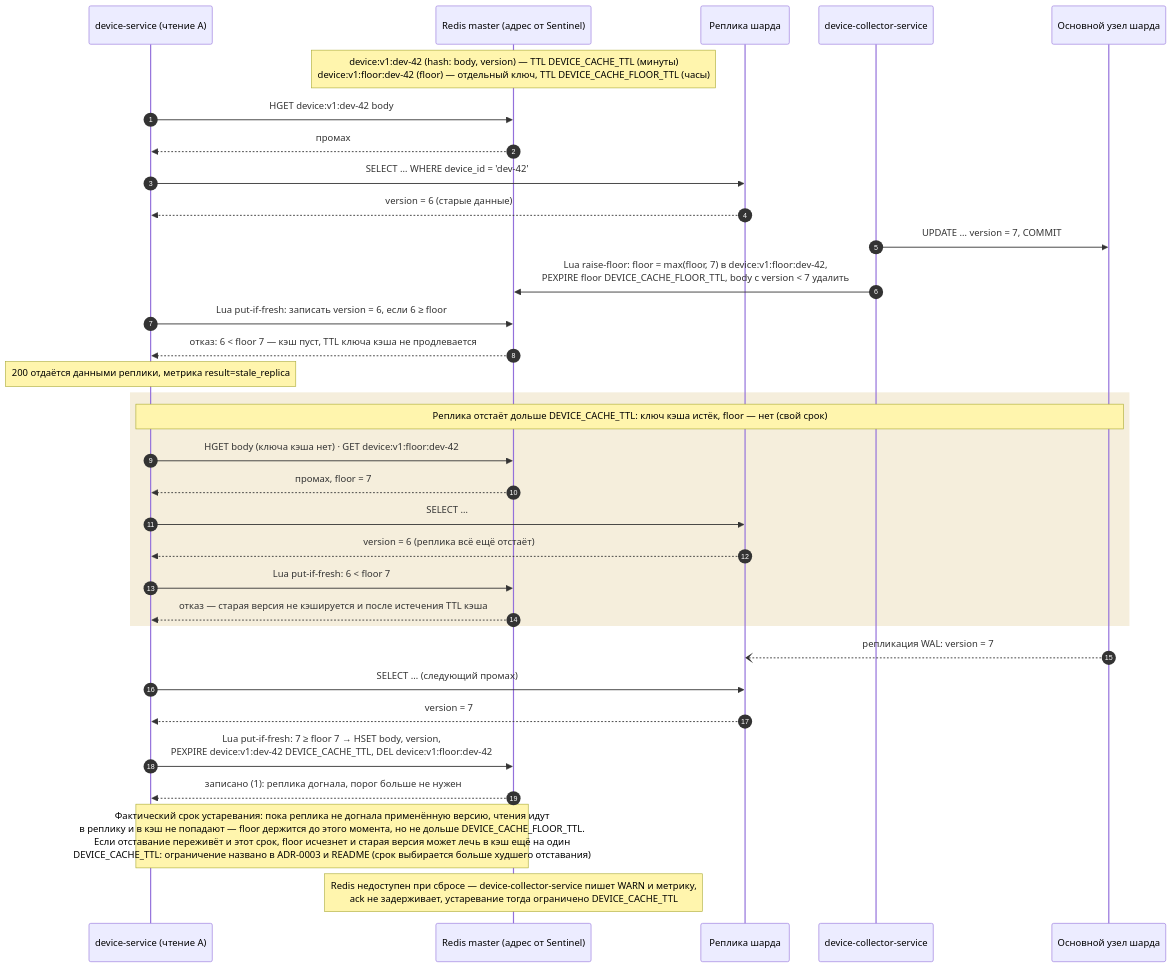
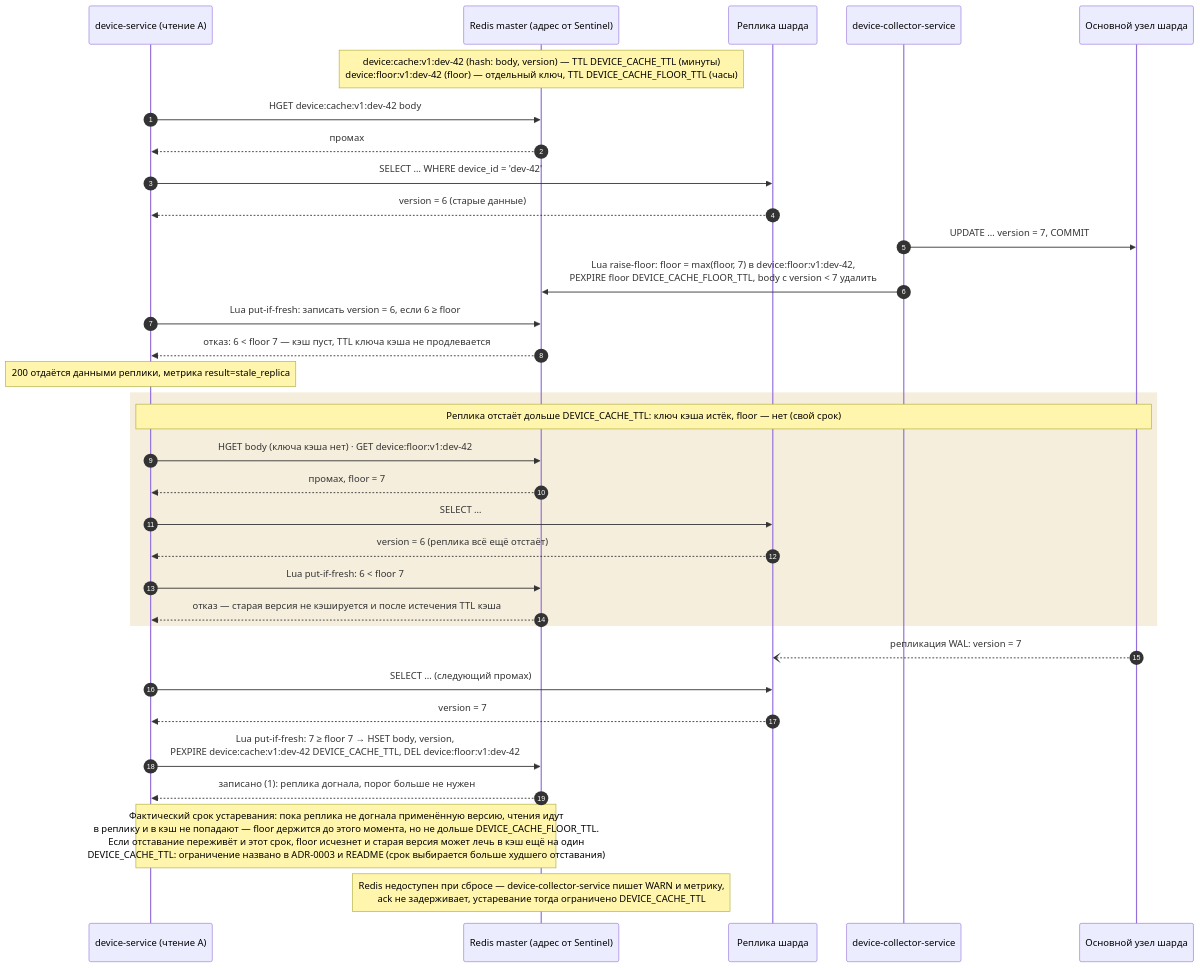
Before and after one commit to gluhov-d/iot-platform: the diagram in diagrams/ds-cache-consistency-sequence.mmd, drawn with Mermaid. The commit also changed 51 other files, not shown here.

```diff
--- a/diagrams/ds-cache-consistency-sequence.mmd
+++ b/diagrams/ds-cache-consistency-sequence.mmd
@@ -1,39 +1,39 @@
 %% Почему в кэш не попадают старые данные: гонка «чтение старой версии — запись — сброс — SET старой версии»
 %% и отставание реплики дольше DEVICE_CACHE_TTL. floor лежит в отдельном ключе со своим сроком жизни.
 sequenceDiagram
     autonumber
     participant A as device-service (чтение A)
     participant RD as Redis master (адрес от Sentinel)
     participant R as Реплика шарда
     participant DC as device-collector-service
     participant S as Основной узел шарда
 
-    Note over RD: device:v1:dev-42 (hash: body, version) — TTL DEVICE_CACHE_TTL (минуты)<br/>device:v1:floor:dev-42 (floor) — отдельный ключ, TTL DEVICE_CACHE_FLOOR_TTL (часы)
+    Note over RD: device:cache:v1:dev-42 (hash: body, version) — TTL DEVICE_CACHE_TTL (минуты)<br/>device:floor:v1:dev-42 (floor) — отдельный ключ, TTL DEVICE_CACHE_FLOOR_TTL (часы)
 
-    A->>RD: HGET device:v1:dev-42 body
+    A->>RD: HGET device:cache:v1:dev-42 body
     RD-->>A: промах
     A->>R: SELECT … WHERE device_id = 'dev-42'
     R-->>A: version = 6 (старые данные)
     DC->>S: UPDATE … version = 7, COMMIT
-    DC->>RD: Lua raise-floor: floor = max(floor, 7) в device:v1:floor:dev-42,<br/>PEXPIRE floor DEVICE_CACHE_FLOOR_TTL, body с version < 7 удалить
+    DC->>RD: Lua raise-floor: floor = max(floor, 7) в device:floor:v1:dev-42,<br/>PEXPIRE floor DEVICE_CACHE_FLOOR_TTL, body с version < 7 удалить
     A->>RD: Lua put-if-fresh: записать version = 6, если 6 ≥ floor
     RD-->>A: отказ: 6 < floor 7 — кэш пуст, TTL ключа кэша не продлевается
     Note over A: 200 отдаётся данными реплики, метрика result=stale_replica
 
     rect rgb(245, 238, 220)
         Note over A,S: Реплика отстаёт дольше DEVICE_CACHE_TTL: ключ кэша истёк, floor — нет (свой срок)
-        A->>RD: HGET body (ключа кэша нет) · GET device:v1:floor:dev-42
+        A->>RD: HGET body (ключа кэша нет) · GET device:floor:v1:dev-42
         RD-->>A: промах, floor = 7
         A->>R: SELECT …
         R-->>A: version = 6 (реплика всё ещё отстаёт)
         A->>RD: Lua put-if-fresh: 6 < floor 7
         RD-->>A: отказ — старая версия не кэшируется и после истечения TTL кэша
     end
 
     S--)R: репликация WAL: version = 7
     A->>R: SELECT … (следующий промах)
     R-->>A: version = 7
-    A->>RD: Lua put-if-fresh: 7 ≥ floor 7 → HSET body, version,<br/>PEXPIRE device:v1:dev-42 DEVICE_CACHE_TTL, DEL device:v1:floor:dev-42
+    A->>RD: Lua put-if-fresh: 7 ≥ floor 7 → HSET body, version,<br/>PEXPIRE device:cache:v1:dev-42 DEVICE_CACHE_TTL, DEL device:floor:v1:dev-42
     RD-->>A: записано (1): реплика догнала, порог больше не нужен
     Note over A,RD: Фактический срок устаревания: пока реплика не догнала применённую версию, чтения идут<br/>в реплику и в кэш не попадают — floor держится до этого момента, но не дольше DEVICE_CACHE_FLOOR_TTL.<br/>Если отставание переживёт и этот срок, floor исчезнет и старая версия может лечь в кэш ещё на один<br/>DEVICE_CACHE_TTL: ограничение названо в ADR-0003 и README (срок выбирается больше худшего отставания)
     Note over RD: Redis недоступен при сбросе — device-collector-service пишет WARN и метрику,<br/>ack не задерживает, устаревание тогда ограничено DEVICE_CACHE_TTL
```
